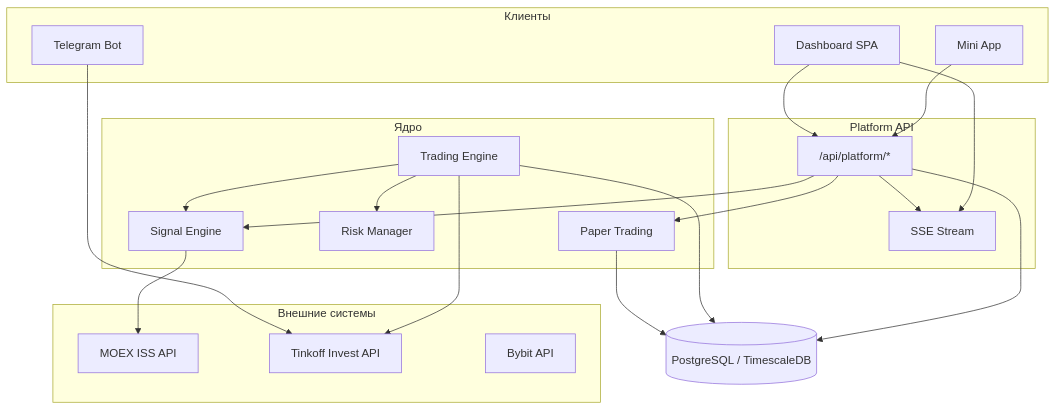
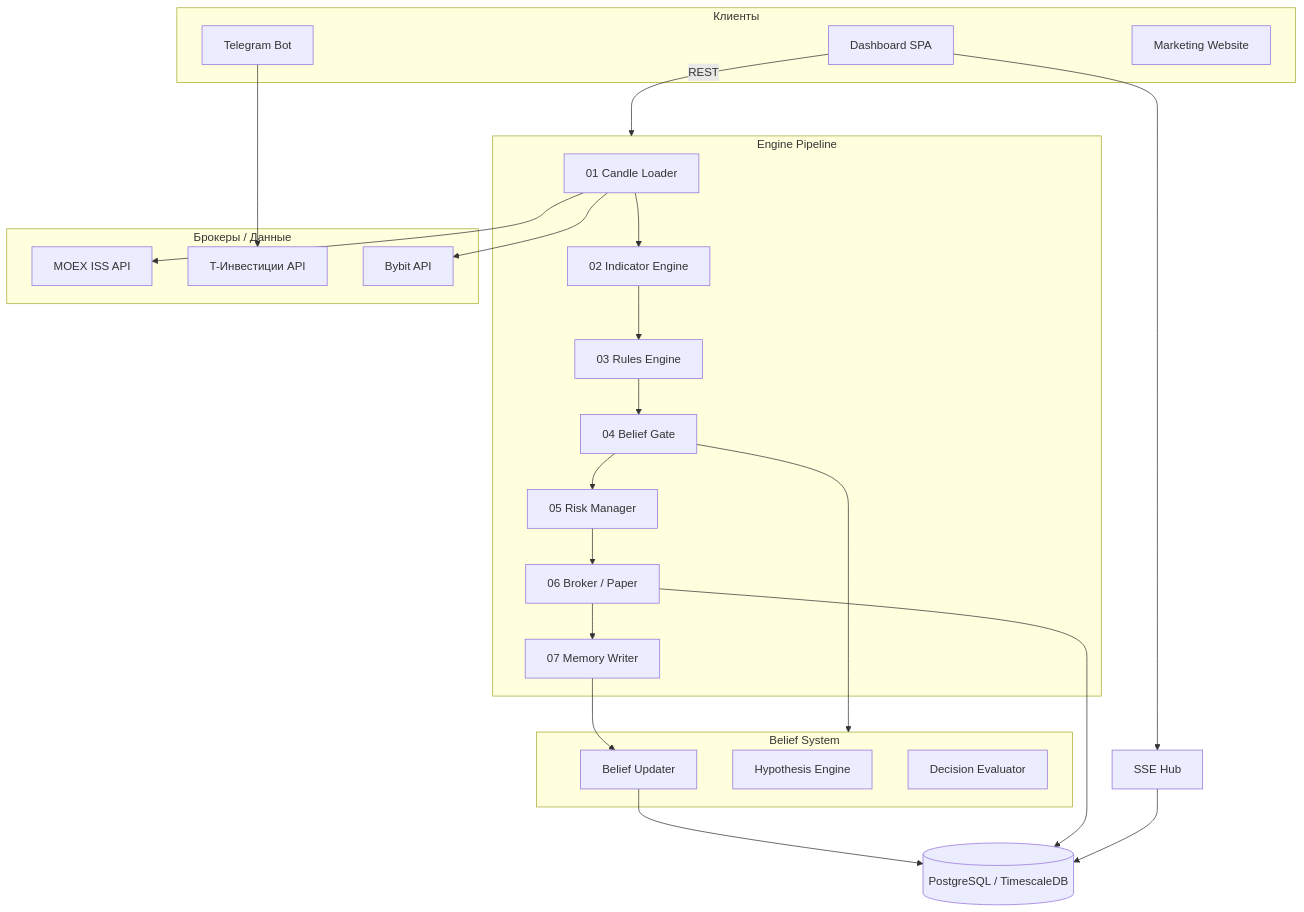
The first of 2 diagrams in README.md (Pomiranov/Trading-Bot), drawn with Mermaid before and after one commit. The commit also changed other lines of this file and 59 other files, not shown here.

````diff
--- a/README.md
+++ b/README.md
@@ -251,43 +248,44 @@
 ```mermaid
 flowchart TB
     subgraph clients [Клиенты]
         D[Dashboard SPA]
         T[Telegram Bot]
-        M[Mini App]
+        W[Marketing Website]
     end
 
-    subgraph api [Platform API]
-        P["/api/platform/*"]
-        S[SSE Stream]
+    subgraph pipeline [Engine Pipeline]
+        CL[01 Candle Loader]
+        IE[02 Indicator Engine]
+        RE[03 Rules Engine]
+        BG[04 Belief Gate]
+        RM[05 Risk Manager]
+        EX[06 Broker / Paper]
+        MW[07 Memory Writer]
     end
 
-    subgraph core [Ядро]
-        E[Trading Engine]
-        SE[Signal Engine]
-        R[Risk Manager]
-        PT[Paper Trading]
+    subgraph learning [Belief System]
+        BU[Belief Updater]
+        HE[Hypothesis Engine]
+        DE[Decision Evaluator]
     end
 
-    subgraph external [Внешние системы]
+    subgraph external [Брокеры / Данные]
         MOEX[MOEX ISS API]
-        TK[Tinkoff Invest API]
+        TK[T-Инвестиции API]
         BY[Bybit API]
     end
 
     DB[(PostgreSQL / TimescaleDB)]
+    SSE[SSE Hub]
 
-    D --> P
+    D --> |REST| pipeline
     T --> TK
-    M --> P
-    P --> S
-    P --> PT
-    P --> SE
-    E --> SE
-    E --> R
-    E --> TK
-    SE --> MOEX
-    PT --> DB
-    E --> DB
-    P --> DB
-    D --> S
+    CL --> MOEX
+    CL --> BY
+    CL --> IE --> RE --> BG --> RM --> EX --> MW
+    BG --> learning
+    MW --> BU --> DB
+    EX --> DB
+    D --> SSE
+    SSE --> DB
 ```
````
